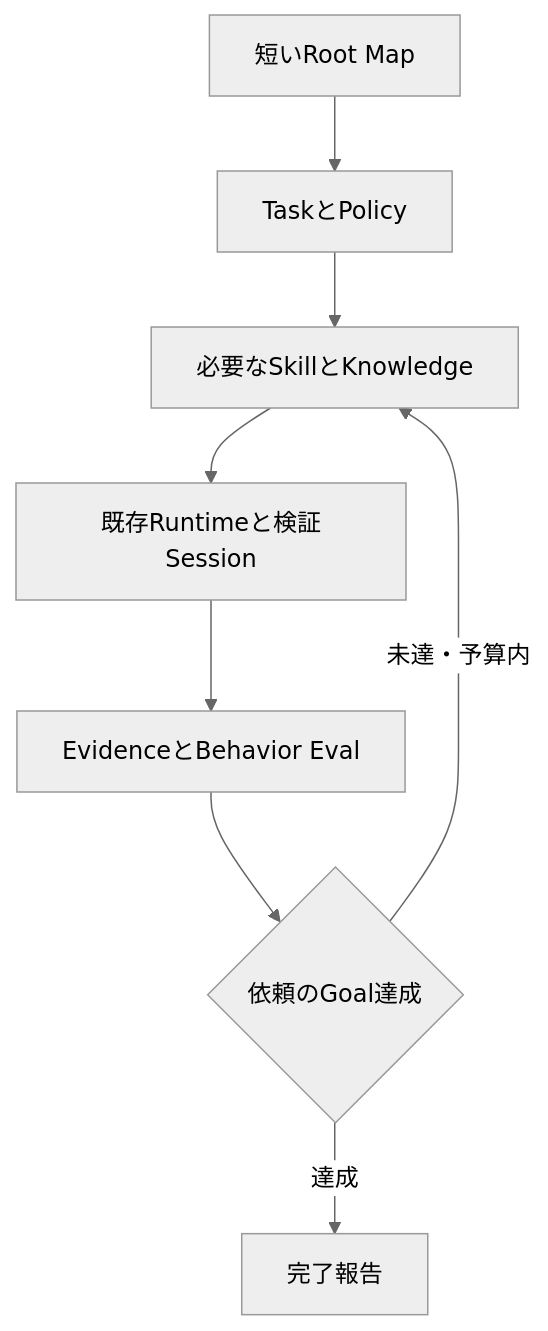
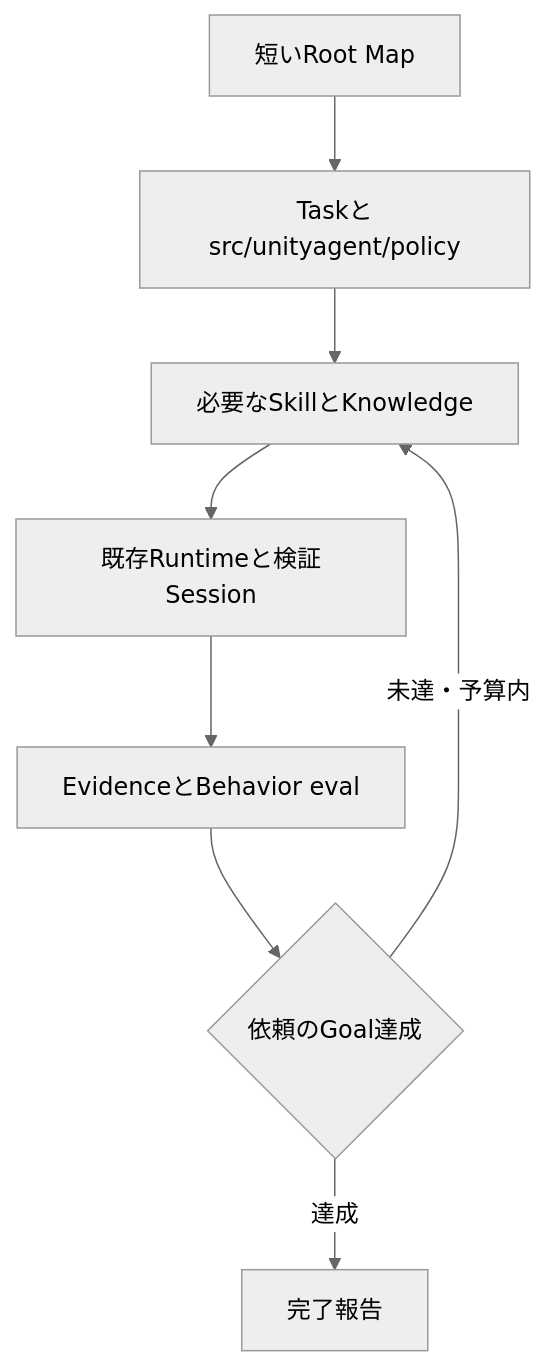
One commit to DarumaPPAP/UnityAgent changed the second of 2 diagrams in docs/migration/instruction-calibration/report.md. Above: the diagram before and after it, drawn with Mermaid (neutral theme). The commit also changed other lines of this file and 1025 other files, not shown here.

````diff
--- a/docs/migration/instruction-calibration/report.md
+++ b/docs/migration/instruction-calibration/report.md
@@ -31,10 +31,10 @@
 ```mermaid
 flowchart TD
-  A[短いRoot Map] --> B[TaskとPolicy]
+  A[短いRoot Map] --> B[Taskとsrc/unityagent/policy]
   B --> C[必要なSkillとKnowledge]
   C --> D[既存Runtimeと検証Session]
-  D --> E[EvidenceとBehavior Eval]
+  D --> E[EvidenceとBehavior eval]
   E --> F{依頼のGoal達成}
   F -->|未達・予算内| C
   F -->|達成| G[完了報告]
 ```
````
